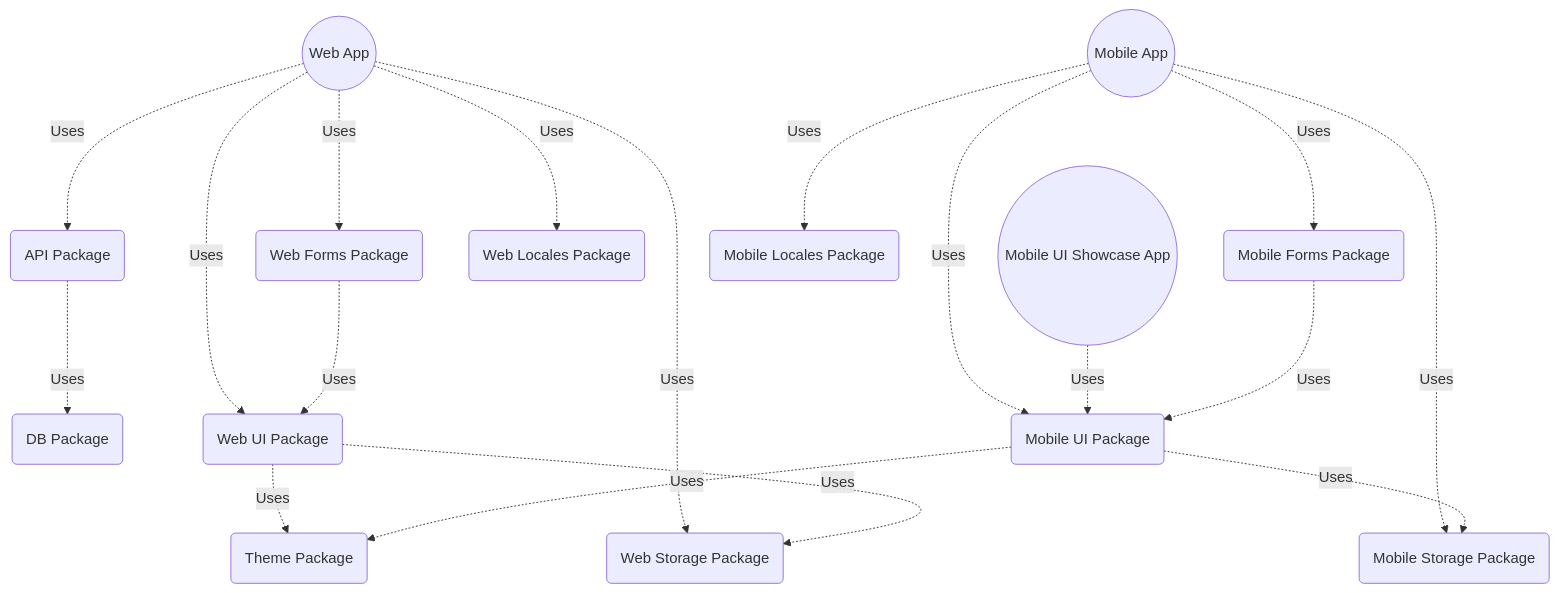
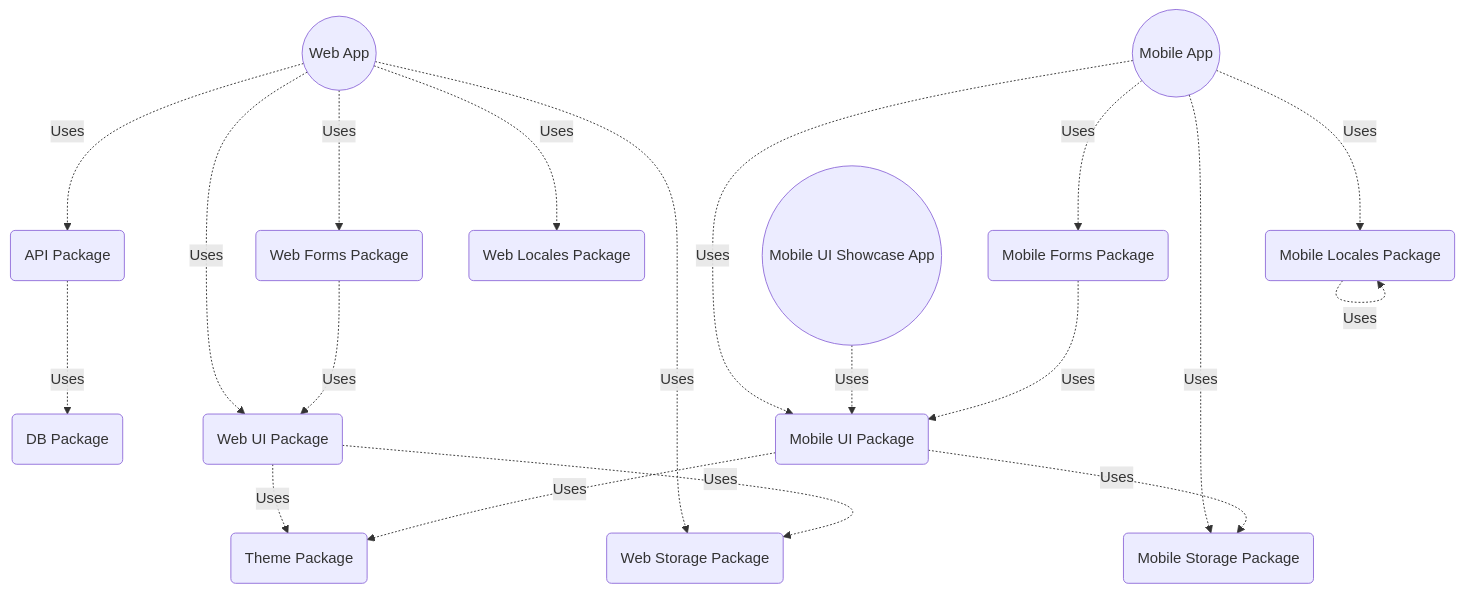
One commit to Rock-n-Prog/web-ts-monorepo-starter-pack changed the second of 2 diagrams in docs/architecture/general.md. Above: the diagram before and after it, drawn with Mermaid.

````diff
--- a/docs/architecture/general.md
+++ b/docs/architecture/general.md
@@ -36,35 +36,36 @@
 ```mermaid
 graph TD;
   apps-web((Web App))
   apps-mobile((Mobile App))
   apps-mobile-ui-showcase((Mobile UI Showcase App))
   packages-db(DB Package)
   packages-api(API Package)
   packages-theme(Theme Package)
   packages-web-ui(Web UI Package)
   packages-web-forms(Web Forms Package)
   packages-web-locales(Web Locales Package)
   packages-web-storage(Web Storage Package)
   packages-mobile-ui(Mobile UI Package)
   packages-mobile-forms(Mobile Forms Package)
   packages-mobile-locales(Mobile Locales Package)
   packages-mobile-storage(Mobile Storage Package)
 
   apps-web -.-> |Uses| packages-api
   apps-web -.-> |Uses| packages-web-ui
   apps-web -.-> |Uses| packages-web-forms
   apps-web -.-> |Uses| packages-web-locales
   apps-web -.-> |Uses| packages-web-storage
   apps-mobile -.-> |Uses| packages-mobile-ui
   apps-mobile -.-> |Uses| packages-mobile-forms
   apps-mobile -.-> |Uses| packages-mobile-locales
   apps-mobile -.-> |Uses| packages-mobile-storage
   apps-mobile-ui-showcase -.-> |Uses| packages-mobile-ui
   packages-api -.-> |Uses| packages-db
   packages-web-ui -.-> |Uses| packages-theme
   packages-mobile-ui -.-> |Uses| packages-theme
   packages-web-forms -.-> |Uses| packages-web-ui
   packages-mobile-forms -.-> |Uses| packages-mobile-ui
   packages-web-ui -.-> |Uses| packages-web-storage
   packages-mobile-ui -.-> |Uses| packages-mobile-storage
+  packages-mobile-locales -.-> |Uses| packages-mobile-locales
 ```
````
